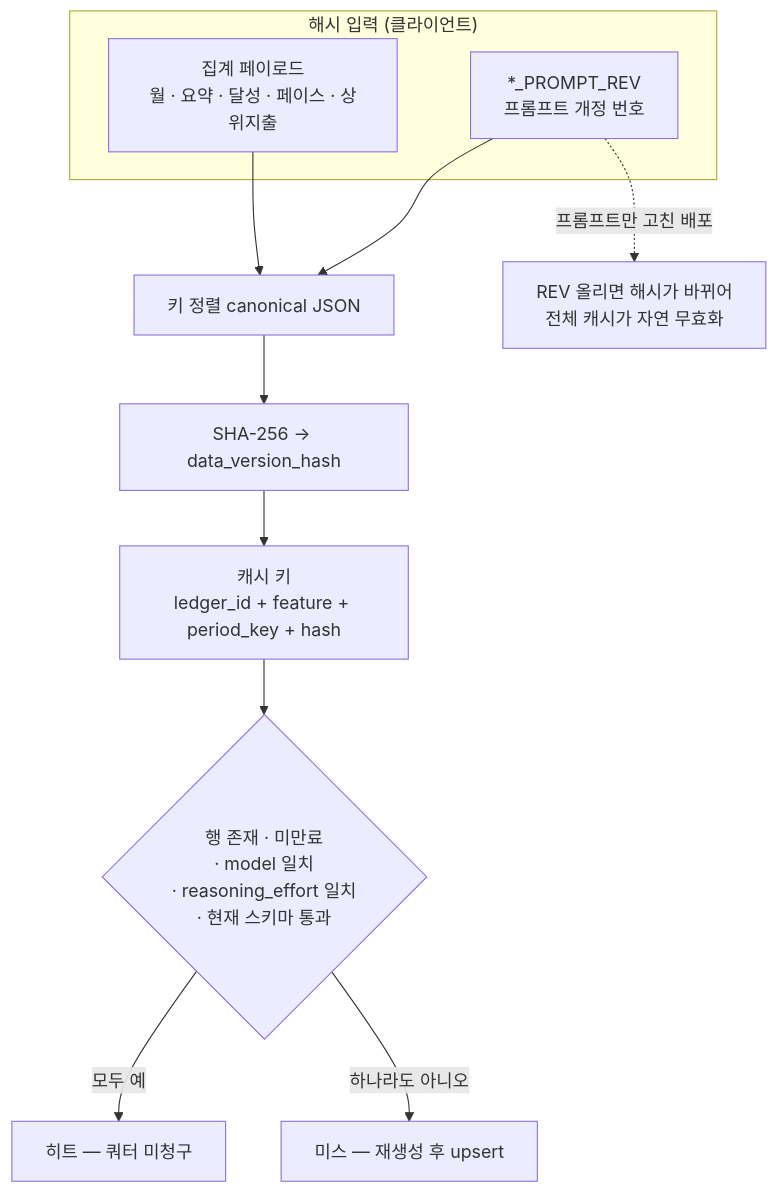
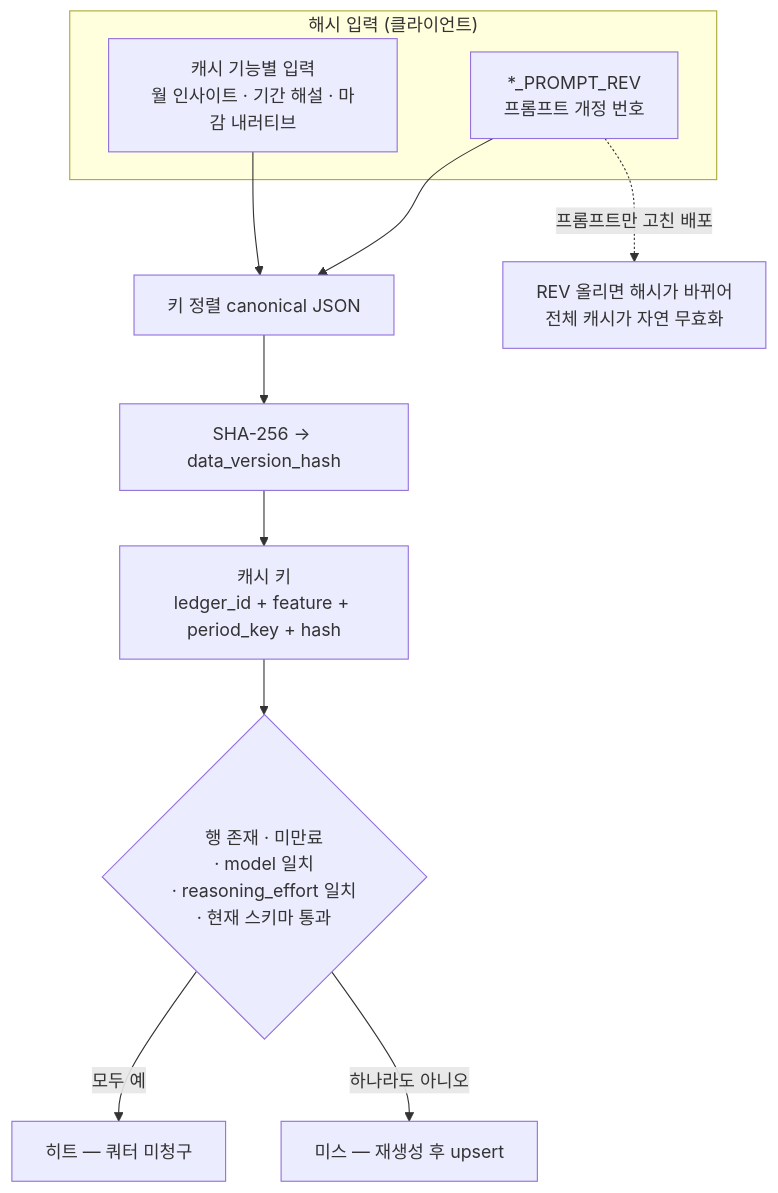
The fifth of 6 diagrams in README.md (dongju93/household-account-book), drawn with Mermaid before and after one commit. The commit also changed other lines of this file, not shown here.

````diff
--- a/README.md
+++ b/README.md
@@ -268,17 +271,17 @@
 ```mermaid
 flowchart TB
     subgraph HASHIN["해시 입력 (클라이언트)"]
-        I1["집계 페이로드<br/>월 · 요약 · 달성 · 페이스 · 상위지출"]
+        I1["캐시 기능별 입력<br/>월 인사이트 · 기간 해설 · 마감 내러티브"]
         I2["*_PROMPT_REV<br/>프롬프트 개정 번호"]
     end
     I1 --> CAN["키 정렬 canonical JSON"]
     I2 --> CAN
     CAN --> H["SHA-256 → data_version_hash"]
 
     H --> KEY["캐시 키<br/>ledger_id + feature + period_key + hash"]
     KEY --> LOOK{"행 존재 · 미만료<br/>· model 일치<br/>· reasoning_effort 일치<br/>· 현재 스키마 통과"}
     LOOK -->|"모두 예"| HIT["히트 — 쿼터 미청구"]
     LOOK -->|"하나라도 아니오"| MISS["미스 — 재생성 후 upsert"]
 
     I2 -.->|"프롬프트만 고친 배포"| NOTE["REV 올리면 해시가 바뀌어<br/>전체 캐시가 자연 무효화"]
 ```
````
